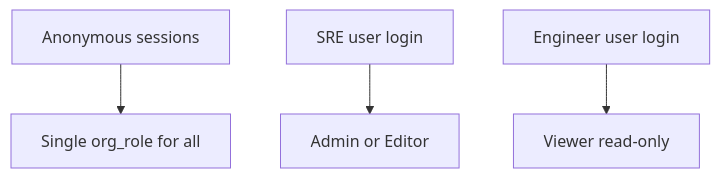
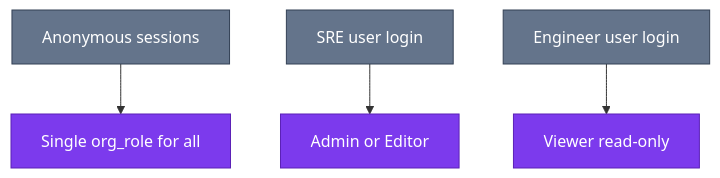
One commit to duynhlab/homelab changed the fourth of 4 diagrams in docs/observability/metrics/vmauth.md. Above: the diagram before and after it, drawn with Mermaid. The commit also changed other lines of this file and 33 other files, not shown here.

First line of the commit message:
Refresh observability diagrams (#516)

````diff
--- a/docs/observability/metrics/vmauth.md
+++ b/docs/observability/metrics/vmauth.md
@@ -178,11 +200,16 @@
 ```mermaid
 flowchart TD
-  Anon[Anonymous sessions]
-  OneRole["Single org_role for all"]
-  SRE[SRE user login]
-  Eng[Engineer user login]
+    anonymous["Anonymous sessions"]
+    oneRole["Single org_role for all"]
+    sre["SRE user login"]
+    engineer["Engineer user login"]
 
-  Anon --> OneRole
-  SRE --> AdminOrEditor["Admin or Editor"]
-  Eng --> Viewer["Viewer read-only"]
+    anonymous --> oneRole
+    sre --> admin["Admin or Editor"]
+    engineer --> viewer["Viewer read-only"]
+
+    classDef external fill:#64748b,color:#fff,stroke:#334155;
+    classDef platform fill:#7c3aed,color:#fff,stroke:#5b21b6;
+    class anonymous,sre,engineer external;
+    class oneRole,admin,viewer platform;
 ```
````
